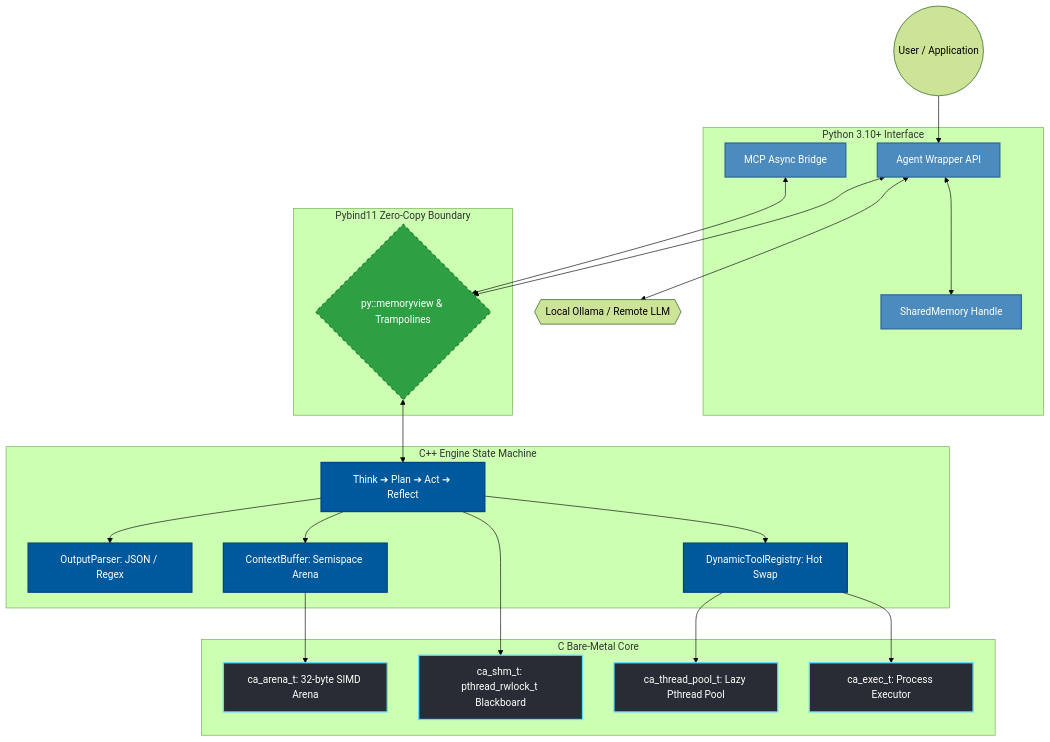
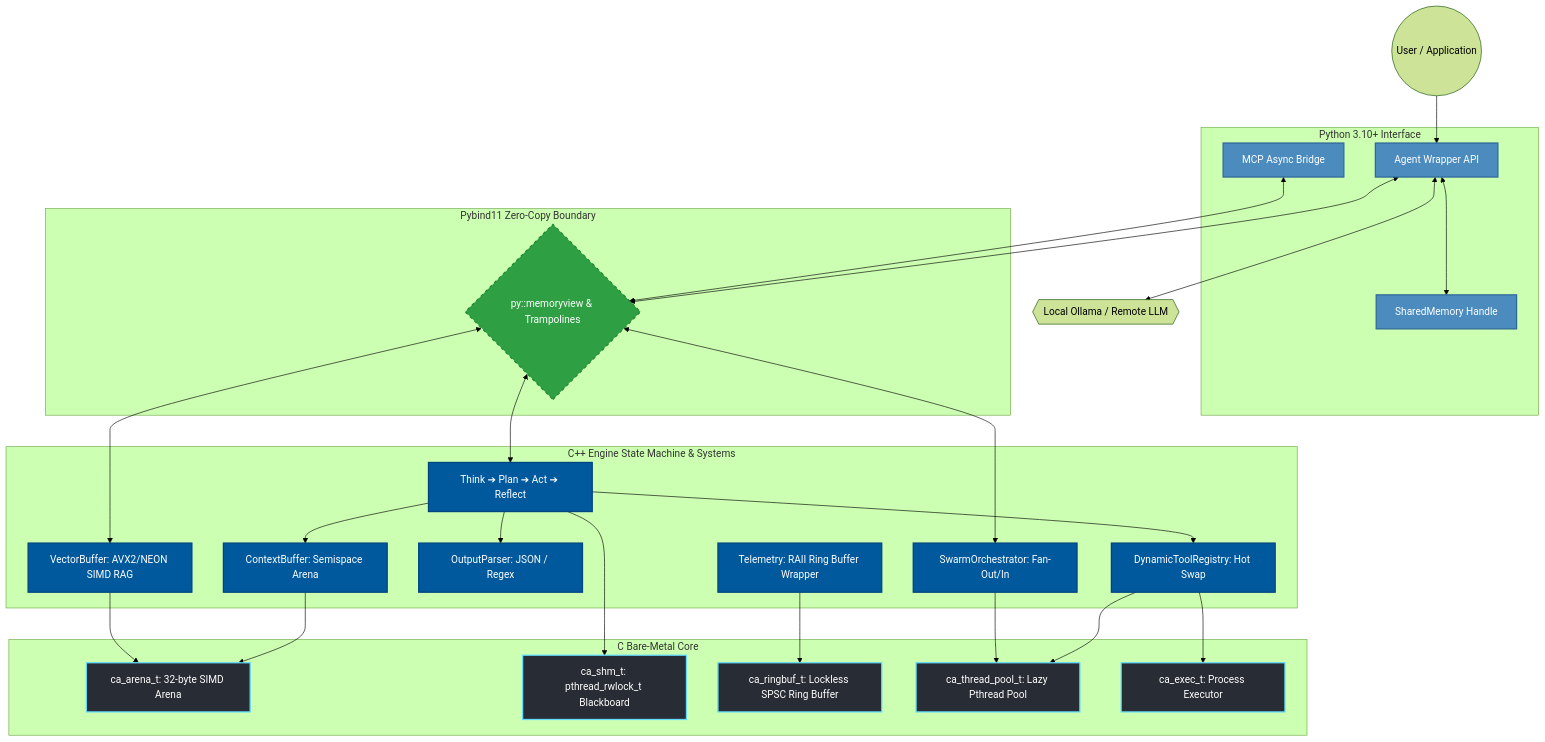
Before and after one commit to ELARION12/Cerberus: the diagram in README.md, drawn with Mermaid (forest theme). The commit also changed other lines of this file and 14 other files, not shown here.

Commit message:
feat: release IronAgent v1.3.0 with SwarmOrchestrator, VectorBuffer SIMD RAG, and Lockless Telemetry

````diff
--- a/README.md
+++ b/README.md
@@ -49,51 +52,60 @@
 ```mermaid
 graph TD
     %% Styling
     classDef python fill:#4B8BBE,stroke:#306998,stroke-width:2px,color:white;
     classDef cpp fill:#00599C,stroke:#004482,stroke-width:2px,color:white;
     classDef ccore fill:#282C34,stroke:#61DAFB,stroke-width:2px,color:white;
     classDef boundary fill:#2EA043,stroke:#238636,stroke-width:2px,color:white,stroke-dasharray: 5 5;
 
     %% Nodes
     User((User / Application))
     LLM{{Local Ollama / Remote LLM}}
 
     subgraph Layer1 [Python 3.10+ Interface]
         API[Agent Wrapper API]:::python
         MCPBridge[MCP Async Bridge]:::python
         PySHM[SharedMemory Handle]:::python
     end
 
     subgraph FFI [Pybind11 Zero-Copy Boundary]
         Bridge{py::memoryview & Trampolines}:::boundary
     end
 
-    subgraph Layer2 [C++ Engine State Machine]
+    subgraph Layer2 [C++ Engine State Machine & Systems]
         State[Think ➔ Plan ➔ Act ➔ Reflect]:::cpp
+        Swarm[SwarmOrchestrator: Fan-Out/In]:::cpp
+        Vector[VectorBuffer: AVX2/NEON SIMD RAG]:::cpp
         Parser[OutputParser: JSON / Regex]:::cpp
         DynReg[DynamicToolRegistry: Hot Swap]:::cpp
         Ctx[ContextBuffer: Semispace Arena]:::cpp
+        TelemCPP[Telemetry: RAII Ring Buffer Wrapper]:::cpp
     end
 
     subgraph Layer3 [C Bare-Metal Core]
         Arena[ca_arena_t: 32-byte SIMD Arena]:::ccore
         SHM[ca_shm_t: pthread_rwlock_t Blackboard]:::ccore
+        Ring[ca_ringbuf_t: Lockless SPSC Ring Buffer]:::ccore
         Threads[ca_thread_pool_t: Lazy Pthread Pool]:::ccore
         Exec[ca_exec_t: Process Executor]:::ccore
     end
 
     %% Connections
     User --> API
     API <--> LLM
     API <--> PySHM
     MCPBridge <--> Bridge
     API <--> Bridge
     Bridge <--> State
+    Bridge <--> Swarm
+    Bridge <--> Vector
     State --> Parser
     State --> DynReg
     State --> Ctx
     State --> SHM
+    Swarm --> Threads
+    Vector --> Arena
+    TelemCPP --> Ring
     Ctx --> Arena
     DynReg --> Threads
     DynReg --> Exec
 ```
````
